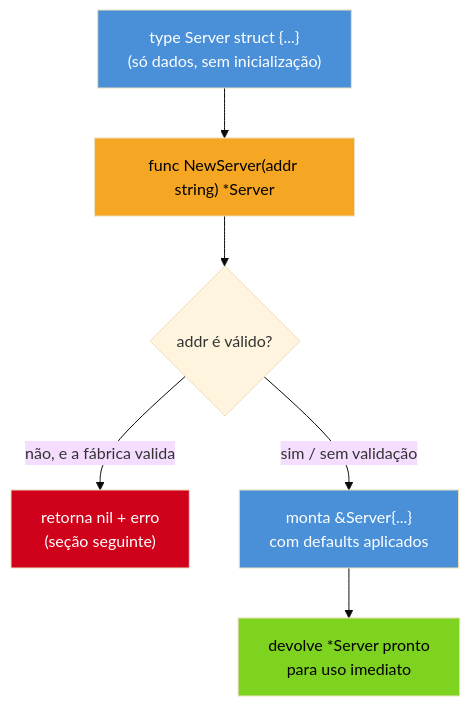
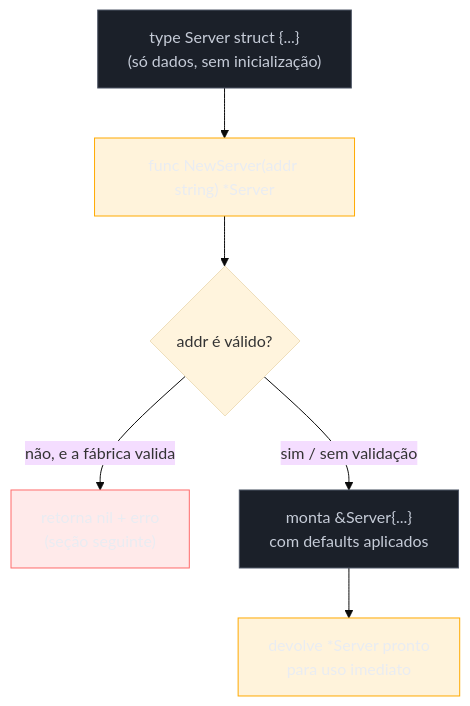
One commit to josenaldo/codex-technomanticus changed the first of 3 diagrams in 03-Dominios/Tecnologia/Go/02 - Tipos, structs e métodos/06 - O idioma do construtor.md. Above: the diagram before and after it, drawn with Mermaid (base theme). The commit also changed other lines of this file and 1181 other files, not shown here.

First line of the commit message:
fix(diagramas): paleta do sistema no lugar de cor cravada no markdown

````diff
--- a/03-Dominios/Tecnologia/Go/02 - Tipos, structs e métodos/06 - O idioma do construtor.md
+++ b/03-Dominios/Tecnologia/Go/02 - Tipos, structs e métodos/06 - O idioma do construtor.md
@@ -72,14 +72,17 @@
 ```mermaid
 flowchart TB
+    classDef neutro fill:#1B2029,stroke:#4E5666,color:#C6CCD8
+    classDef destaque fill:#FFAA0024,stroke:#FFAA00,color:#E9ECF2
+    classDef falha fill:#FF6B6B24,stroke:#FF6B6B,color:#E9ECF2
     A["type Server struct {...}\n(só dados, sem inicialização)"] --> B["func NewServer(addr string) *Server"]
     B --> C{"addr é válido?"}
     C -- "não, e a fábrica valida" --> D["retorna nil + erro\n(seção seguinte)"]
     C -- "sim / sem validação" --> E["monta &Server{...}\ncom defaults aplicados"]
     E --> F["devolve *Server pronto\npara uso imediato"]
 
-    style A fill:#4A90D9,color:#fff
-    style B fill:#F5A623,color:#000
-    style E fill:#4A90D9,color:#fff
-    style F fill:#7ED321,color:#000
-    style D fill:#D0021B,color:#fff
+    class A neutro
+    class B destaque
+    class E neutro
+    class F destaque
+    class D falha
 ```
````
